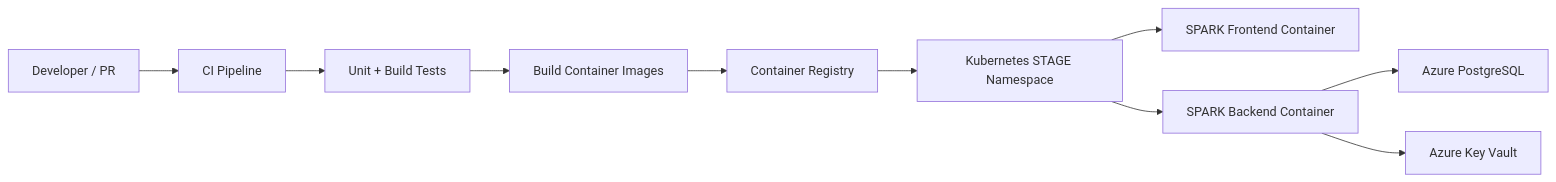
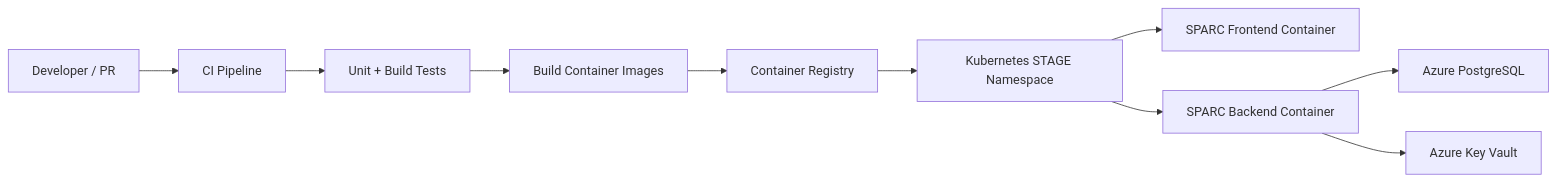
One commit to bryanhaddock-tnedu/sparc changed the diagram in docs/stage-environment-plan.md. Above: the diagram before and after it, drawn with Mermaid. The commit also changed other lines of this file and 76 other files, not shown here.

````diff
--- a/docs/stage-environment-plan.md
+++ b/docs/stage-environment-plan.md
@@ -17,12 +17,12 @@
 ```mermaid
 flowchart LR
     Dev["Developer / PR"] --> CI["CI Pipeline"]
     CI --> Tests["Unit + Build Tests"]
     Tests --> Image["Build Container Images"]
     Image --> Registry["Container Registry"]
     Registry --> K8s["Kubernetes STAGE Namespace"]
-    K8s --> Web["SPARK Frontend Container"]
-    K8s --> API["SPARK Backend Container"]
+    K8s --> Web["SPARC Frontend Container"]
+    K8s --> API["SPARC Backend Container"]
     API --> DB["Azure PostgreSQL"]
     API --> KV["Azure Key Vault"]
 ```
````
